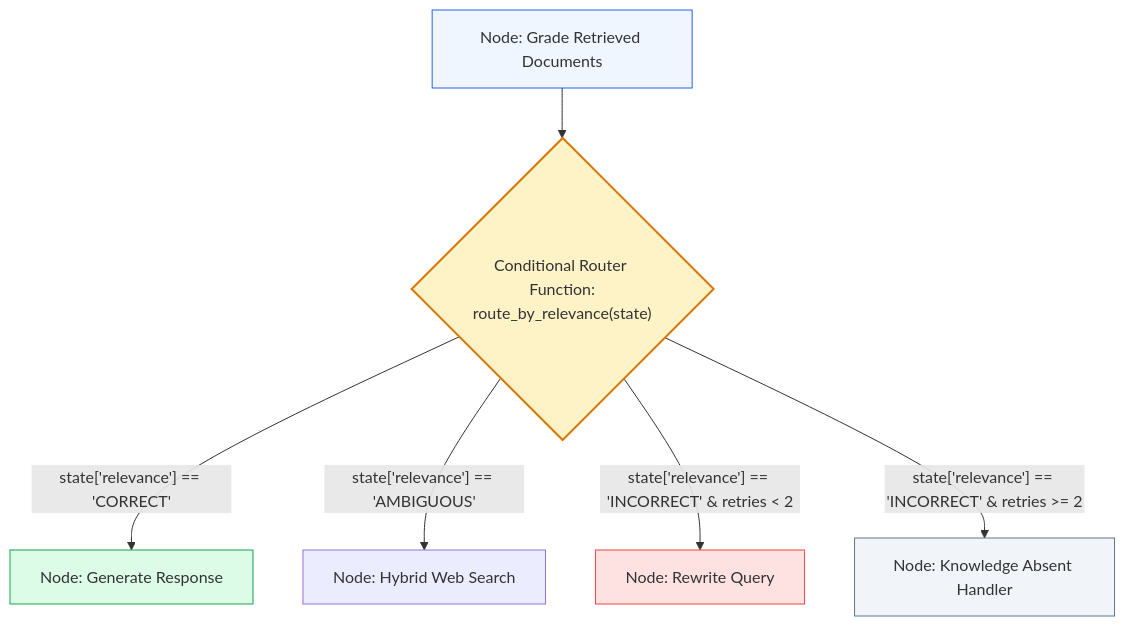
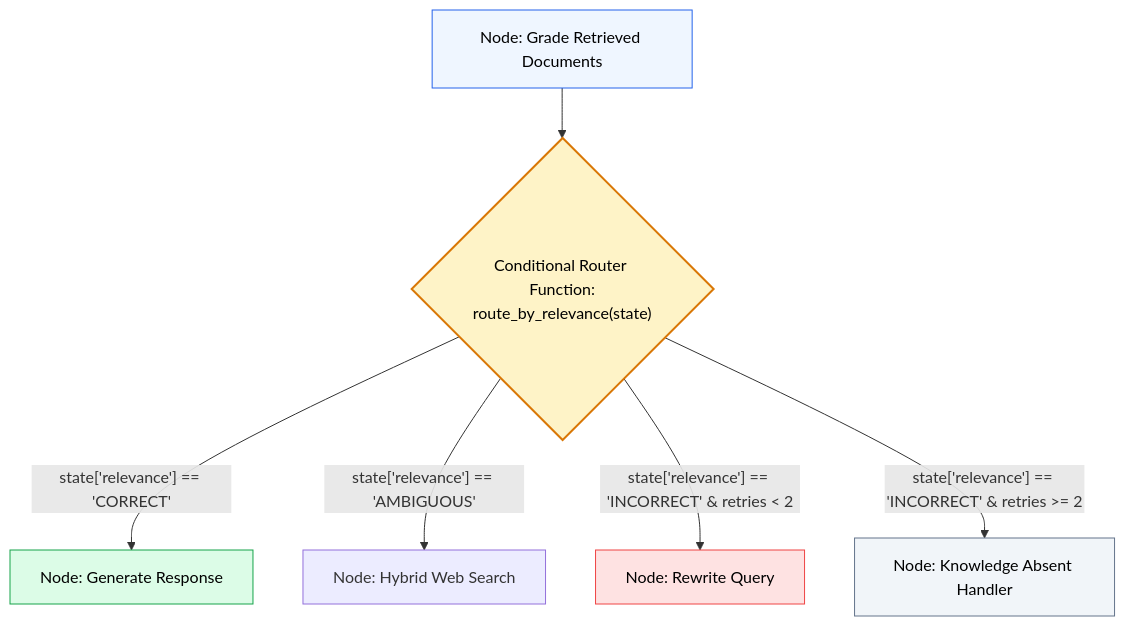
Before and after one commit to swapnil3104/RAG-Engineering: the third of 6 diagrams in 07-Agentic-RAG/LangGraph-RAG.md, drawn with Mermaid. The commit also changed other lines of this file and 108 other files, not shown here.

Commit message:
fix: make chart text visible across all Mermaid diagrams and resolve markdown table formatting issues

````diff
--- a/07-Agentic-RAG/LangGraph-RAG.md
+++ b/07-Agentic-RAG/LangGraph-RAG.md
@@ -166,15 +166,15 @@
 ```mermaid
 flowchart TD
     GradeNode[Node: Grade Retrieved Documents] --> CondEdge{"Conditional Router Function:<br/>route_by_relevance(state)"}
     
     CondEdge -->|"state['relevance'] == 'CORRECT'"| GenNode[Node: Generate Response]
     CondEdge -->|"state['relevance'] == 'AMBIGUOUS'"| BlendNode[Node: Hybrid Web Search]
     CondEdge -->|"state['relevance'] == 'INCORRECT' & retries < 2"| RewriteNode[Node: Rewrite Query]
     CondEdge -->|"state['relevance'] == 'INCORRECT' & retries >= 2"| FallbackNode[Node: Knowledge Absent Handler]
 
-    style GradeNode fill:#eff6ff,stroke:#2563eb,stroke-width:1px
-    style CondEdge fill:#fef3c7,stroke:#d97706,stroke-width:2px
-    style GenNode fill:#dcfce7,stroke:#16a34a,stroke-width:1px
-    style RewriteNode fill:#fee2e2,stroke:#ef4444,stroke-width:1px
-    style FallbackNode fill:#f1f5f9,stroke:#64748b,stroke-width:1px
+    style GradeNode fill:#eff6ff,stroke:#2563eb,stroke-width:1px,color:#000000
+    style CondEdge fill:#fef3c7,stroke:#d97706,stroke-width:2px,color:#000000
+    style GenNode fill:#dcfce7,stroke:#16a34a,stroke-width:1px,color:#000000
+    style RewriteNode fill:#fee2e2,stroke:#ef4444,stroke-width:1px,color:#000000
+    style FallbackNode fill:#f1f5f9,stroke:#64748b,stroke-width:1px,color:#000000
 ```
````
